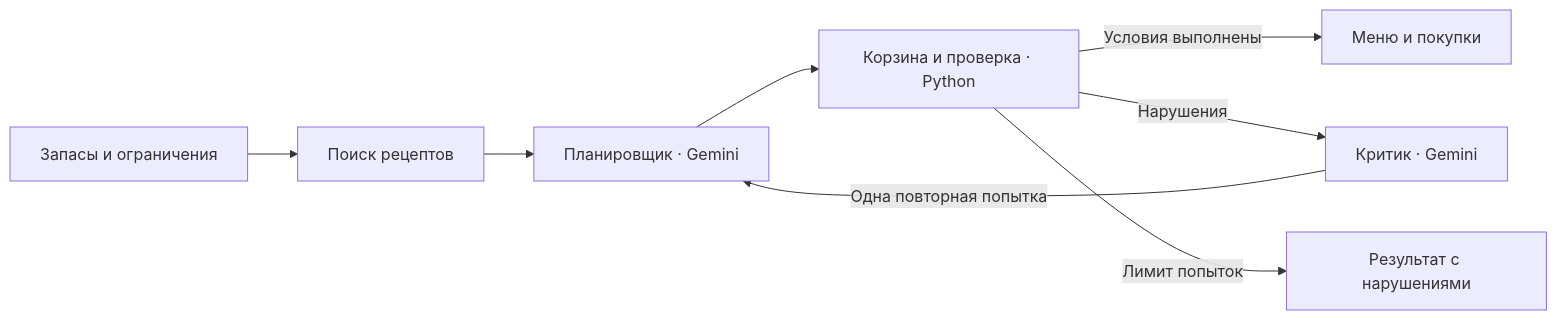
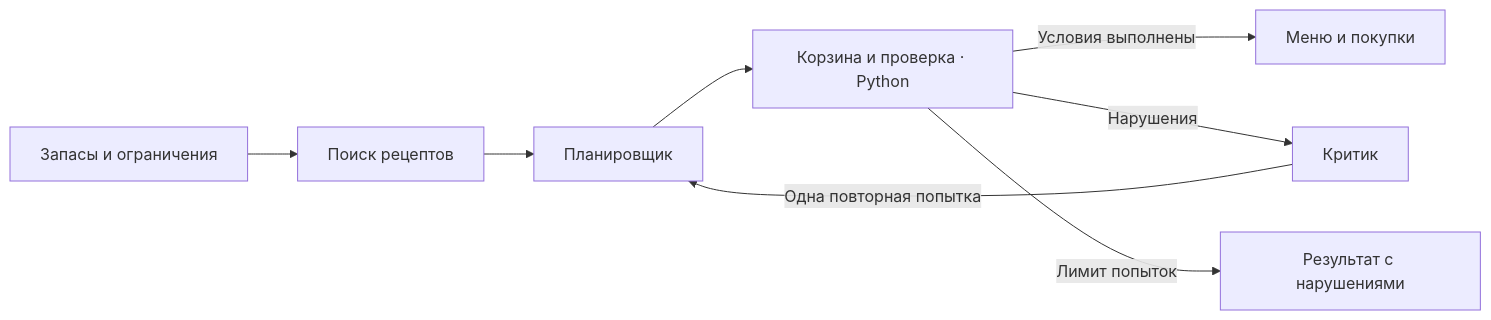
One commit to asastyy/smart-grocery-agents changed the diagram in README.md. Above: the diagram before and after it, drawn with Mermaid. The commit also changed other lines of this file and 16 other files, not shown here.

````diff
--- a/README.md
+++ b/README.md
@@ -104,10 +103,10 @@
 ```mermaid
 flowchart LR
     U["Запасы и ограничения"] --> S["Поиск рецептов"]
-    S --> P["Планировщик · Gemini"]
+    S --> P["Планировщик"]
     P --> V["Корзина и проверка · Python"]
     V -->|"Условия выполнены"| R["Меню и покупки"]
-    V -->|"Нарушения"| C["Критик · Gemini"]
+    V -->|"Нарушения"| C["Критик"]
     C -->|"Одна повторная попытка"| P
     V -->|"Лимит попыток"| E["Результат с нарушениями"]
 ```
````
